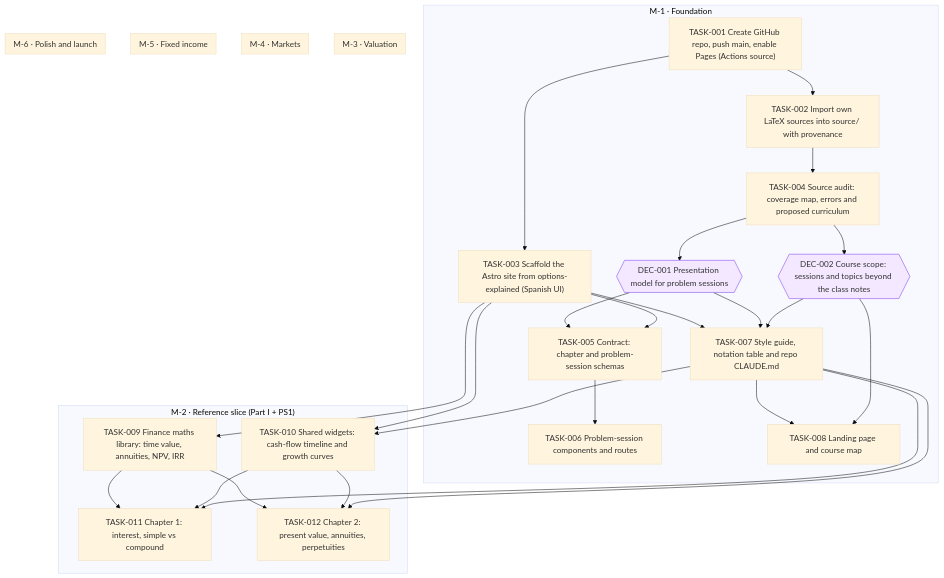
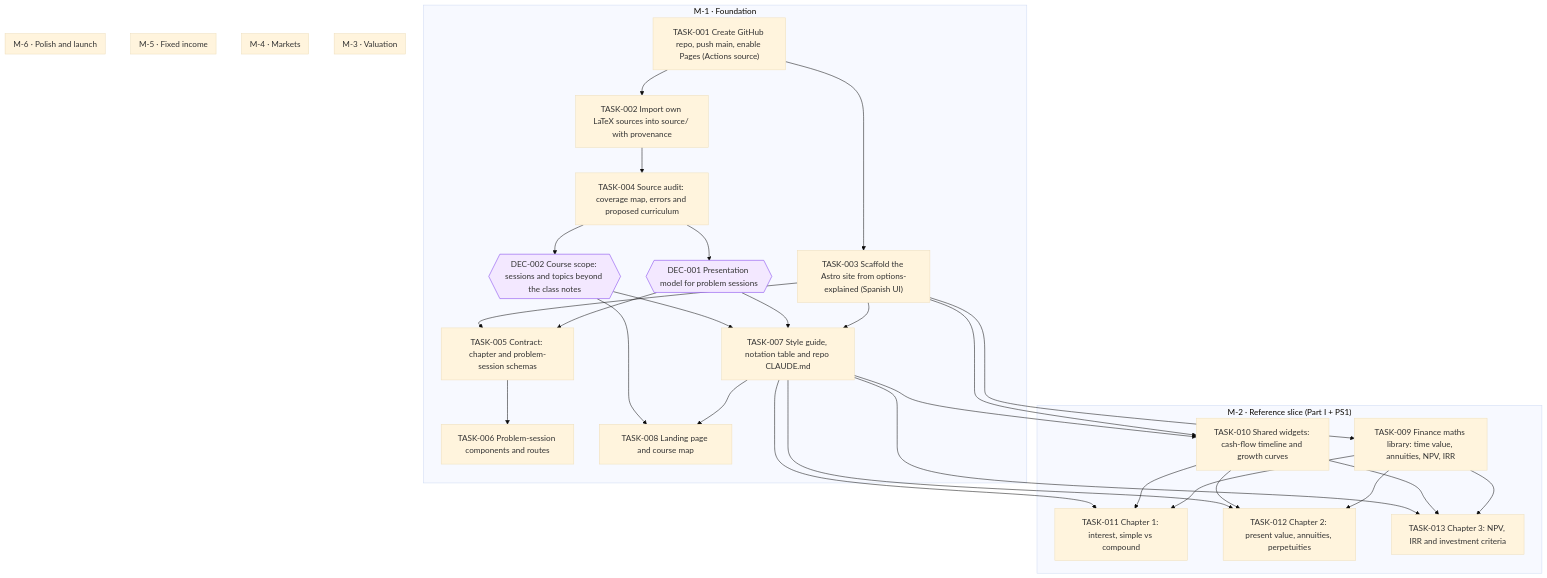
One commit to jesusvillota/economia-financiera changed the diagram in goals/course-site/README.md. Above: the diagram before and after it, drawn with Mermaid (base theme). The commit also changed 1 other file, not shown here.

Commit message:
goal(course-site): add TASK-013 Chapter 3: NPV, IRR and investment criteria

````diff
--- a/goals/course-site/README.md
+++ b/goals/course-site/README.md
@@ -19,56 +19,60 @@
 ```mermaid
 flowchart TD
   subgraph M_1["M-1 · Foundation"]
     DEC_001{{"DEC-001 Presentation model for problem sessions"}}
     DEC_002{{"DEC-002 Course scope: sessions and topics beyond the class notes"}}
     TASK_001["TASK-001 Create GitHub repo, push main, enable Pages (Actions source)"]
     TASK_002["TASK-002 Import own LaTeX sources into source/ with provenance"]
     TASK_003["TASK-003 Scaffold the Astro site from options-explained (Spanish UI)"]
     TASK_004["TASK-004 Source audit: coverage map, errors and proposed curriculum"]
     TASK_005["TASK-005 Contract: chapter and problem-session schemas"]
     TASK_006["TASK-006 Problem-session components and routes"]
     TASK_007["TASK-007 Style guide, notation table and repo CLAUDE.md"]
     TASK_008["TASK-008 Landing page and course map"]
   end
   subgraph M_2["M-2 · Reference slice (Part I + PS1)"]
     TASK_009["TASK-009 Finance maths library: time value, annuities, NPV, IRR"]
     TASK_010["TASK-010 Shared widgets: cash-flow timeline and growth curves"]
     TASK_011["TASK-011 Chapter 1: interest, simple vs compound"]
     TASK_012["TASK-012 Chapter 2: present value, annuities, perpetuities"]
+    TASK_013["TASK-013 Chapter 3: NPV, IRR and investment criteria"]
   end
   subgraph M_3["M-3 · Valuation"]
   end
   subgraph M_4["M-4 · Markets"]
   end
   subgraph M_5["M-5 · Fixed income"]
   end
   subgraph M_6["M-6 · Polish and launch"]
   end
   TASK_004 --> DEC_001
   TASK_004 --> DEC_002
   TASK_001 --> TASK_002
   TASK_001 --> TASK_003
   TASK_002 --> TASK_004
   DEC_001 --> TASK_005
   TASK_003 --> TASK_005
   TASK_005 --> TASK_006
   TASK_003 --> TASK_007
   DEC_001 --> TASK_007
   DEC_002 --> TASK_007
   TASK_007 --> TASK_008
   DEC_002 --> TASK_008
   TASK_003 --> TASK_009
   TASK_003 --> TASK_010
   TASK_007 --> TASK_010
   TASK_009 --> TASK_011
   TASK_010 --> TASK_011
   TASK_007 --> TASK_011
   TASK_009 --> TASK_012
   TASK_010 --> TASK_012
   TASK_007 --> TASK_012
+  TASK_009 --> TASK_013
+  TASK_010 --> TASK_013
+  TASK_007 --> TASK_013
   classDef draft stroke-dasharray: 4 3
   classDef cancelled opacity:0.45
   classDef decision fill:#f3e8ff,stroke:#7c3aed
   class DEC_001 decision
   class DEC_002 decision
 ```
````
